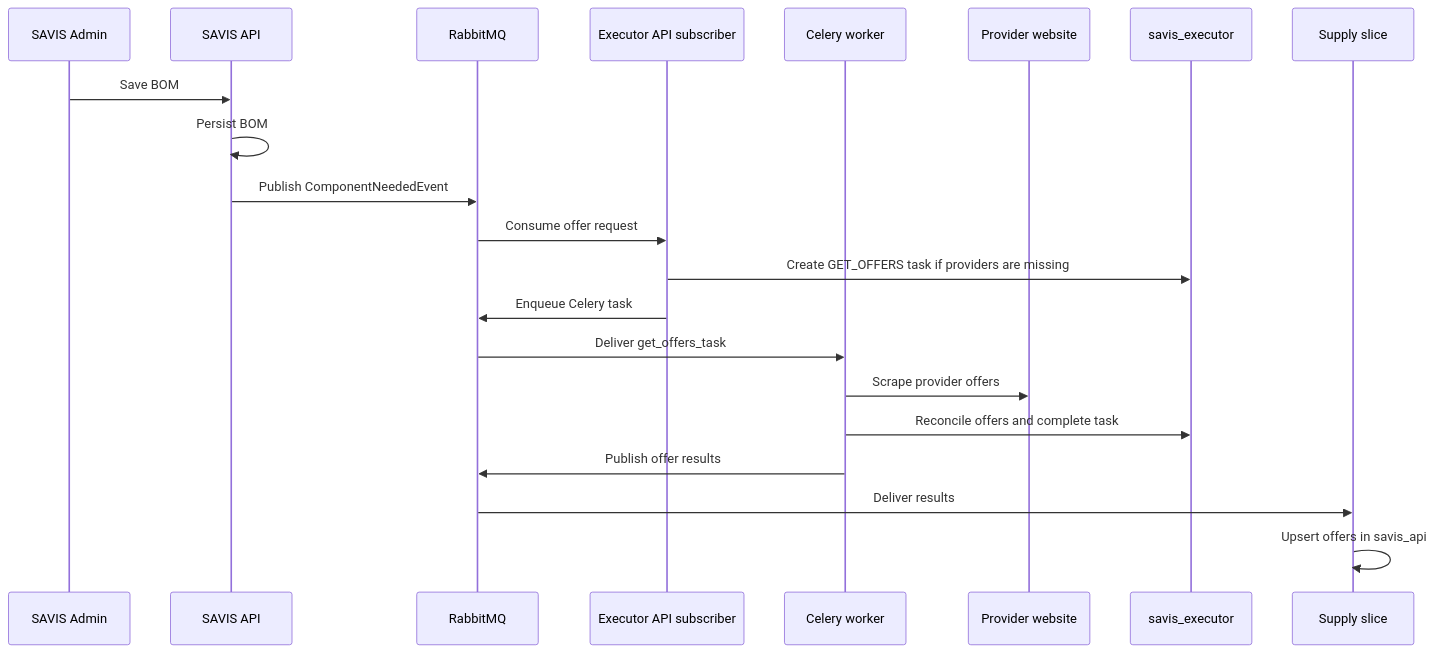
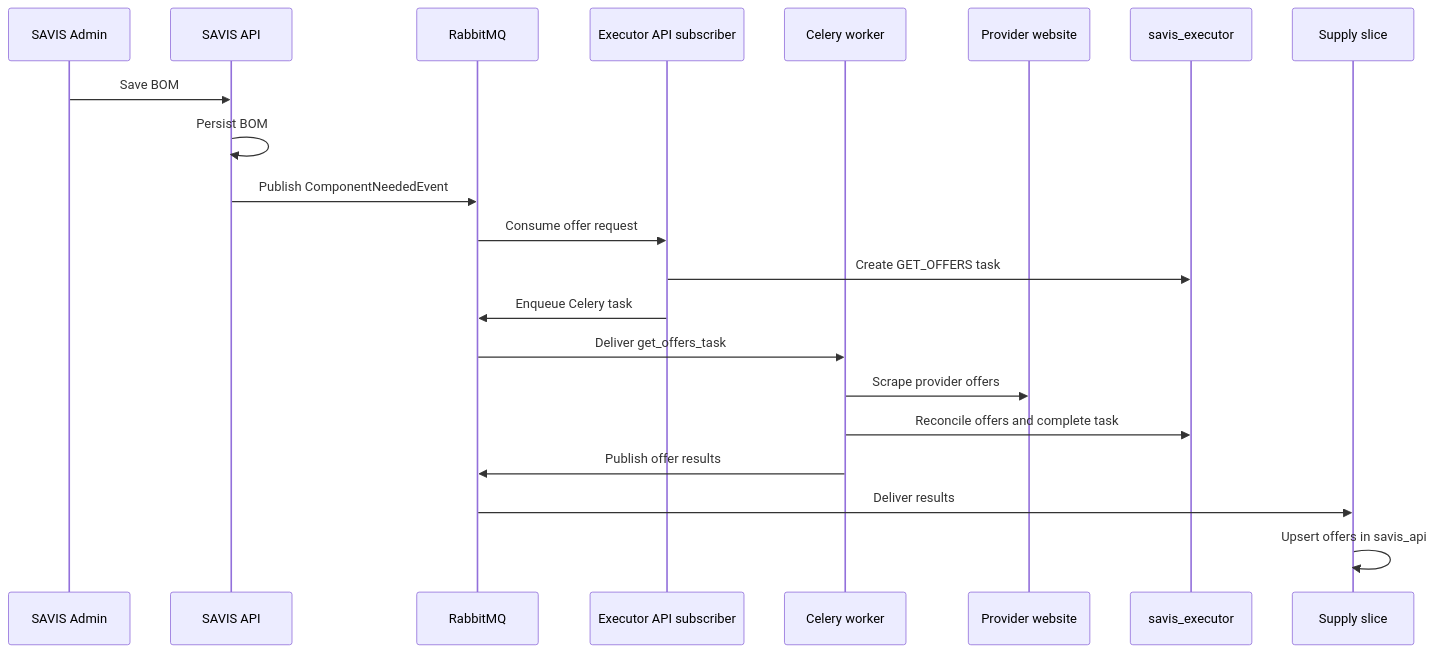
The sixth of 14 diagrams in docs/ARCHITECTURE.md (wiljeanlouis/savis), drawn with Mermaid before and after one commit. The commit also changed other lines of this file and 37 other files, not shown here.

````diff
--- a/docs/ARCHITECTURE.md
+++ b/docs/ARCHITECTURE.md
@@ -282,24 +282,24 @@
 ```mermaid
 sequenceDiagram
   participant Admin as SAVIS Admin
   participant Api as SAVIS API
   participant Rabbit as RabbitMQ
   participant Executor as Executor API subscriber
   participant Worker as Celery worker
   participant Provider as Provider website
   participant PgExec as savis_executor
   participant Supply as Supply slice
 
   Admin->>Api: Save BOM
   Api->>Api: Persist BOM
   Api->>Rabbit: Publish ComponentNeededEvent
   Rabbit->>Executor: Consume offer request
-  Executor->>PgExec: Create GET_OFFERS task if providers are missing
+  Executor->>PgExec: Create GET_OFFERS task
   Executor->>Rabbit: Enqueue Celery task
   Rabbit->>Worker: Deliver get_offers_task
   Worker->>Provider: Scrape provider offers
   Worker->>PgExec: Reconcile offers and complete task
   Worker->>Rabbit: Publish offer results
   Rabbit->>Supply: Deliver results
   Supply->>Supply: Upsert offers in savis_api
 ```
````
